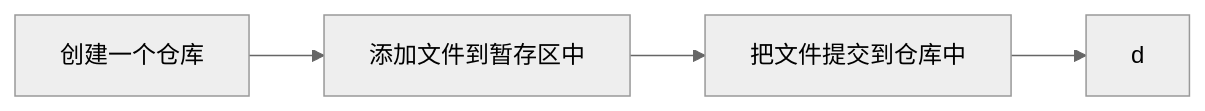
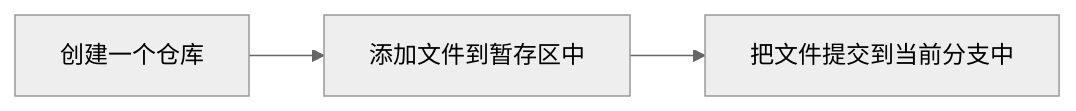
Before and after one commit to A-ASTON/Markdowns: the diagram in 分散的知识点笔记/2019-08-07.md, drawn with Mermaid (neutral theme). The commit also changed other lines of this file, not shown here.

````diff
--- a/分散的知识点笔记/2019-08-07.md
+++ b/分散的知识点笔记/2019-08-07.md
@@ -45,6 +45,5 @@
 ```mermaid
 graph LR
     A[创建一个仓库] --> B[添加文件到暂存区中]
-    B --> C[把文件提交到仓库中] 
-    C --> D[d]
+    B --> C[把文件提交到当前分支中] 
 ```
````
